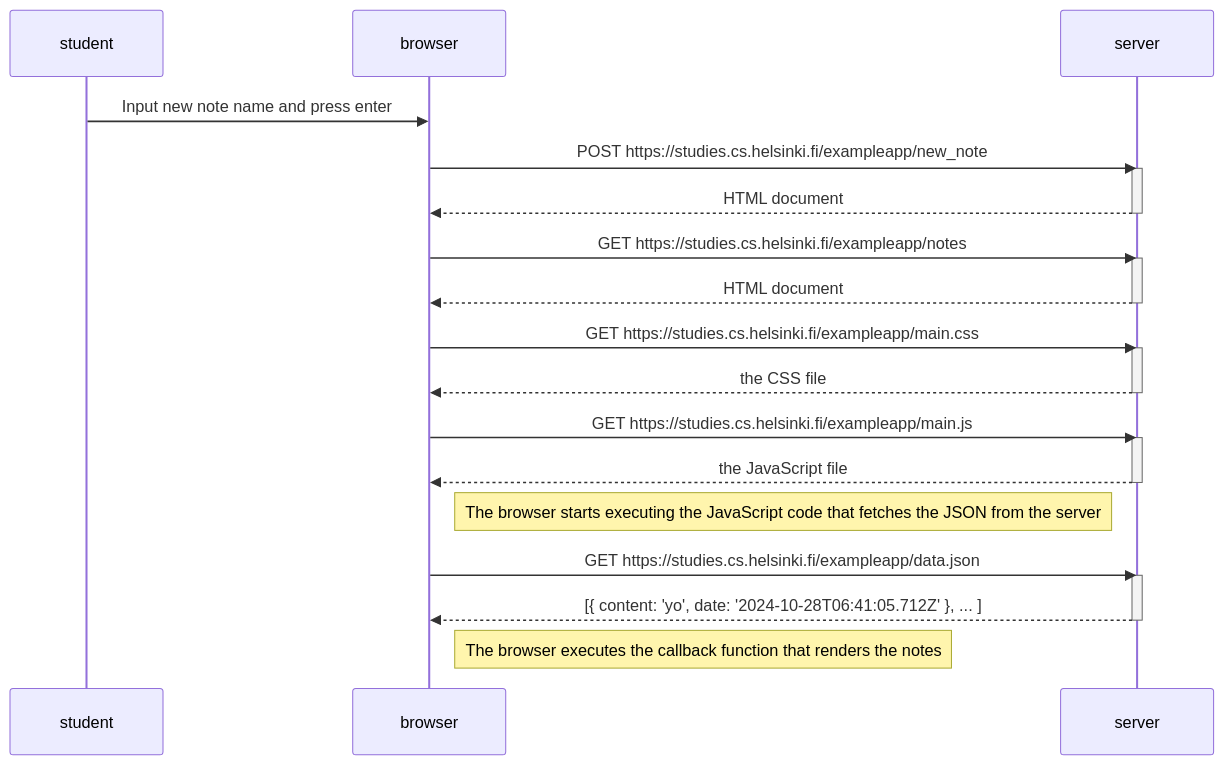
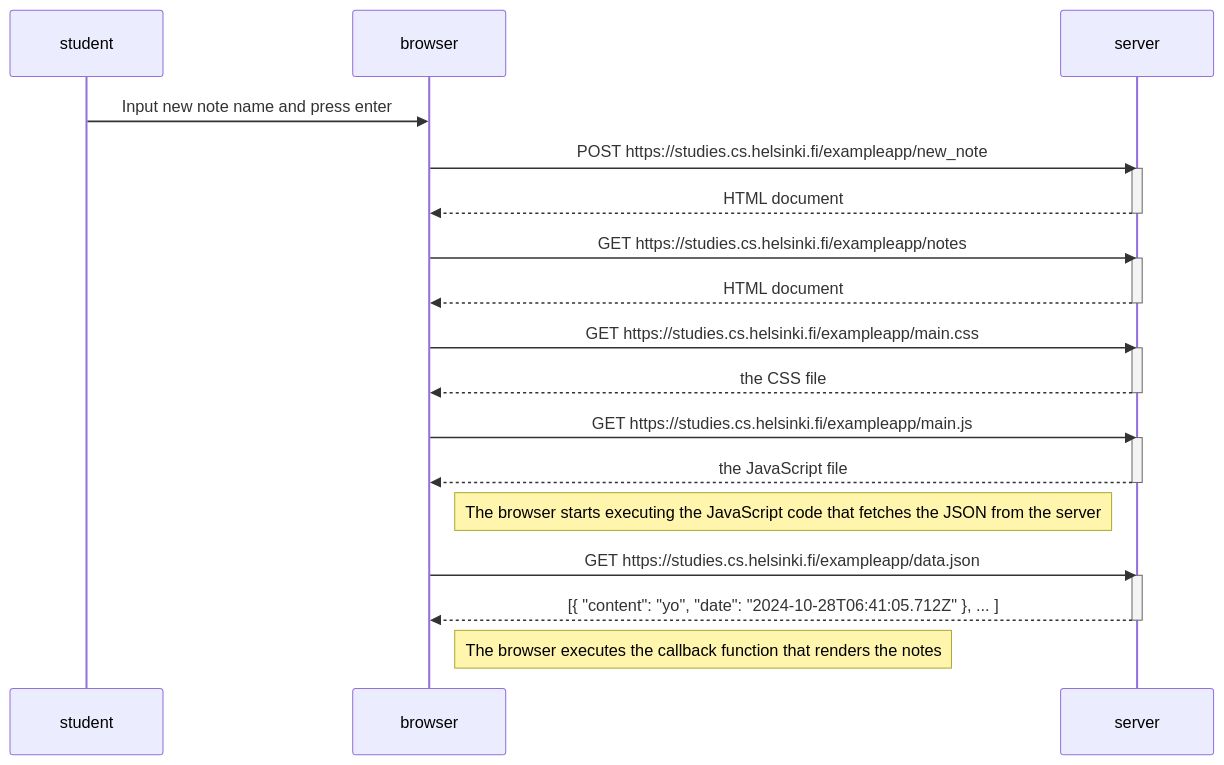
Before and after one commit to ExtranoDev/fullstackopen: the diagram in part0/README.md, drawn with Mermaid. The commit also changed other lines of this file, not shown here.

Commit message:
Single app diagram

````diff
--- a/part0/README.md
+++ b/part0/README.md
@@ -3,37 +3,37 @@
 ```mermaid
 sequenceDiagram
     participant student
     participant browser
     participant server
 
     student->>browser: Input new note name and press enter
 
     browser->>server: POST https://studies.cs.helsinki.fi/exampleapp/new_note
     activate server
     server-->>browser: HTML document
     deactivate server
 
     browser->>server: GET https://studies.cs.helsinki.fi/exampleapp/notes
     activate server
     server-->>browser: HTML document
     deactivate server
 
     browser->>server: GET https://studies.cs.helsinki.fi/exampleapp/main.css
     activate server
     server-->>browser: the CSS file
     deactivate server
 
     browser->>server: GET https://studies.cs.helsinki.fi/exampleapp/main.js
     activate server
     server-->>browser: the JavaScript file
     deactivate server
 
     Note right of browser: The browser starts executing the JavaScript code that fetches the JSON from the server
 
     browser->>server: GET https://studies.cs.helsinki.fi/exampleapp/data.json
     activate server
-    server-->>browser: [{ content: 'yo', date: '2024-10-28T06:41:05.712Z' }, ... ]
+    server-->>browser: [{ "content": "yo", "date": "2024-10-28T06:41:05.712Z" }, ... ]
     deactivate server
 
     Note right of browser: The browser executes the callback function that renders the notes
 ```
````
